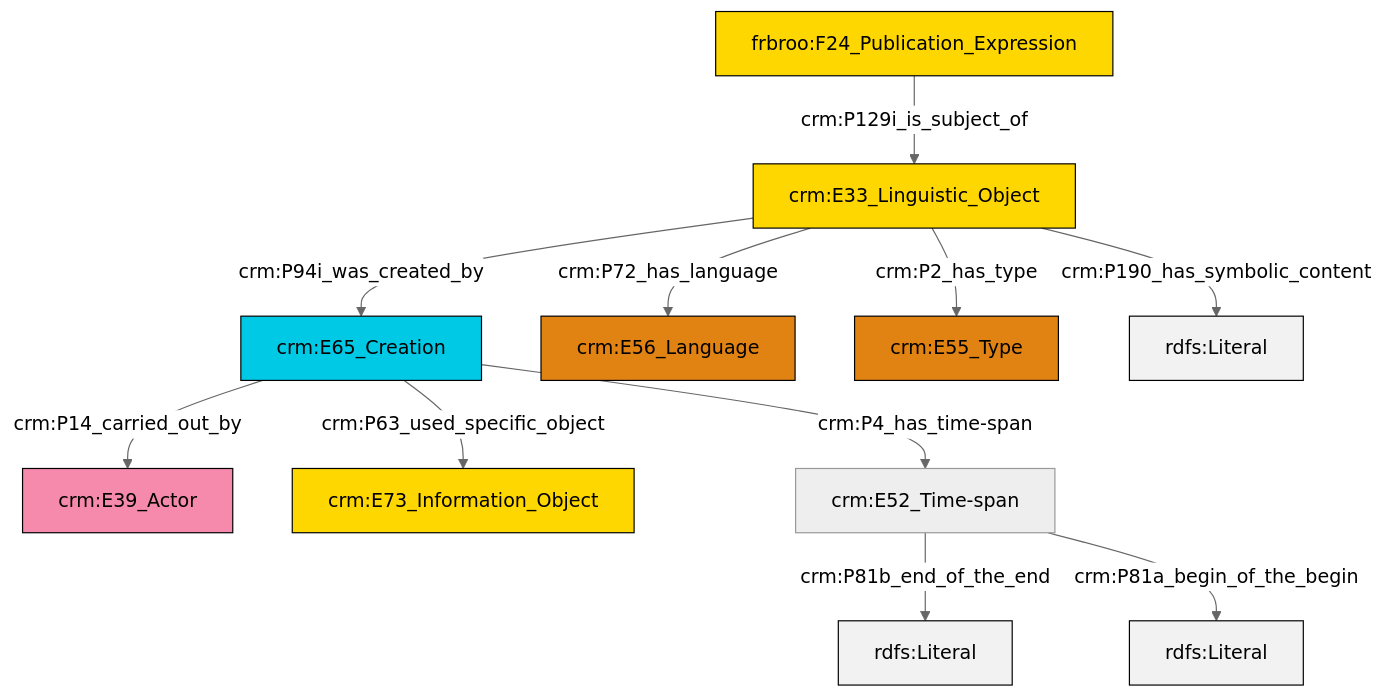
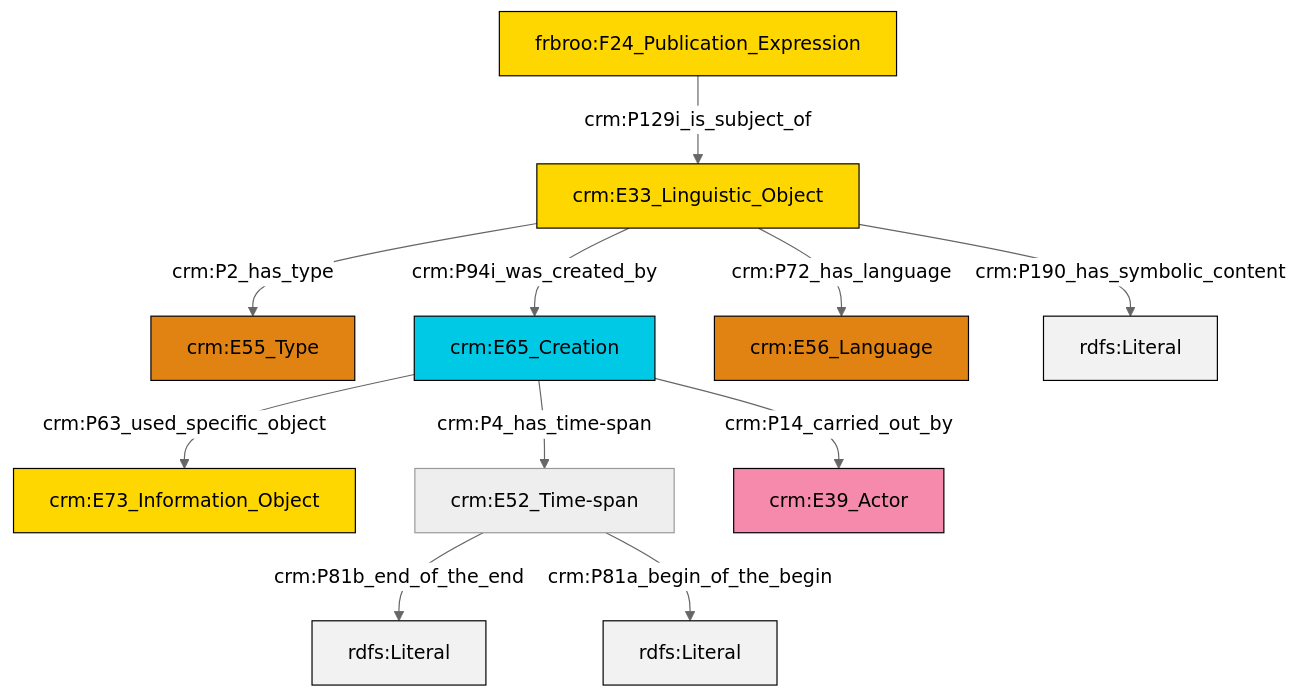
Before and after one commit to swiss-art-research-net/reference-data-models: the diagram in et/biblioCSV/ttl/mmd/biblio_description.ttl.mmd, drawn with Mermaid (neutral theme). The commit also changed 150 other files, not shown here.

```diff
--- a/et/biblioCSV/ttl/mmd/biblio_description.ttl.mmd
+++ b/et/biblioCSV/ttl/mmd/biblio_description.ttl.mmd
@@ -1,25 +1,25 @@
 graph TD
 classDef Literal fill:#f2f2f2,stroke:#000000;
 classDef CRM_Entity fill:#FFFFFF,stroke:#000000;
 classDef Temporal_Entity fill:#00C9E6, stroke:#000000;
 classDef Type fill:#E18312, stroke:#000000;
 classDef Time-Span fill:#2C9C91, stroke:#000000;
 classDef Appellation fill:#FFEB7F, stroke:#000000;
 classDef Place fill:#008836, stroke:#000000;
 classDef Persistent_Item fill:#B266B2, stroke:#000000;
 classDef Conceptual_Object fill:#FFD700, stroke:#000000;
 classDef Physical_Thing fill:#D2B48C, stroke:#000000;
 classDef Actor fill:#f58aad, stroke:#000000;
 classDef PC_Classes fill:#4ce600, stroke:#000000;
 classDef Multi fill:#cccccc,stroke:#000000;
 
-4["crm:E33_Linguistic_Object"]:::Conceptual_Object -->|crm:P72_has_language| 2["crm:E56_Language"]:::Type
-4["crm:E33_Linguistic_Object"]:::Conceptual_Object -->|crm:P2_has_type| 5["crm:E55_Type"]:::Type
-4["crm:E33_Linguistic_Object"]:::Conceptual_Object -->|crm:P190_has_symbolic_content| 6[rdfs:Literal]:::Literal
-4["crm:E33_Linguistic_Object"]:::Conceptual_Object -->|crm:P94i_was_created_by| 0["crm:E65_Creation"]:::Temporal_Entity
-11["crm:E52_Time-span"]:::Default -->|crm:P81b_end_of_the_end| 12[rdfs:Literal]:::Literal
-11["crm:E52_Time-span"]:::Default -->|crm:P81a_begin_of_the_begin| 13[rdfs:Literal]:::Literal
-0["crm:E65_Creation"]:::Temporal_Entity -->|crm:P4_has_time-span| 11["crm:E52_Time-span"]:::Default
-16["frbroo:F24_Publication_Expression"]:::Conceptual_Object -->|crm:P129i_is_subject_of| 4["crm:E33_Linguistic_Object"]:::Conceptual_Object
-0["crm:E65_Creation"]:::Temporal_Entity -->|crm:P14_carried_out_by| 7["crm:E39_Actor"]:::Actor
-0["crm:E65_Creation"]:::Temporal_Entity -->|crm:P63_used_specific_object| 9["crm:E73_Information_Object"]:::Conceptual_Object
+0["crm:E33_Linguistic_Object"]:::Conceptual_Object -->|crm:P2_has_type| 1["crm:E55_Type"]:::Type
+2["crm:E65_Creation"]:::Temporal_Entity -->|crm:P63_used_specific_object| 3["crm:E73_Information_Object"]:::Conceptual_Object
+2["crm:E65_Creation"]:::Temporal_Entity -->|crm:P4_has_time-span| 5["crm:E52_Time-span"]:::Default
+5["crm:E52_Time-span"]:::Default -->|crm:P81b_end_of_the_end| 6[rdfs:Literal]:::Literal
+5["crm:E52_Time-span"]:::Default -->|crm:P81a_begin_of_the_begin| 7[rdfs:Literal]:::Literal
+0["crm:E33_Linguistic_Object"]:::Conceptual_Object -->|crm:P72_has_language| 12["crm:E56_Language"]:::Type
+0["crm:E33_Linguistic_Object"]:::Conceptual_Object -->|crm:P190_has_symbolic_content| 13[rdfs:Literal]:::Literal
+14["frbroo:F24_Publication_Expression"]:::Conceptual_Object -->|crm:P129i_is_subject_of| 0["crm:E33_Linguistic_Object"]:::Conceptual_Object
+2["crm:E65_Creation"]:::Temporal_Entity -->|crm:P14_carried_out_by| 9["crm:E39_Actor"]:::Actor
+0["crm:E33_Linguistic_Object"]:::Conceptual_Object -->|crm:P94i_was_created_by| 2["crm:E65_Creation"]:::Temporal_Entity
```
